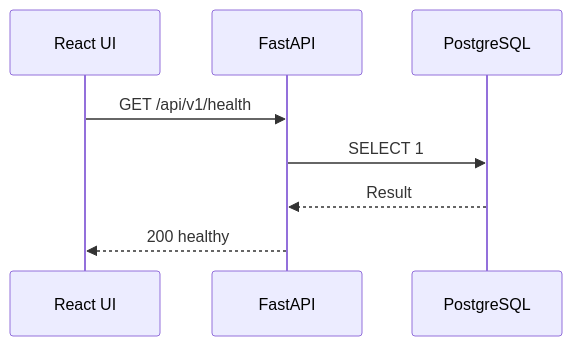
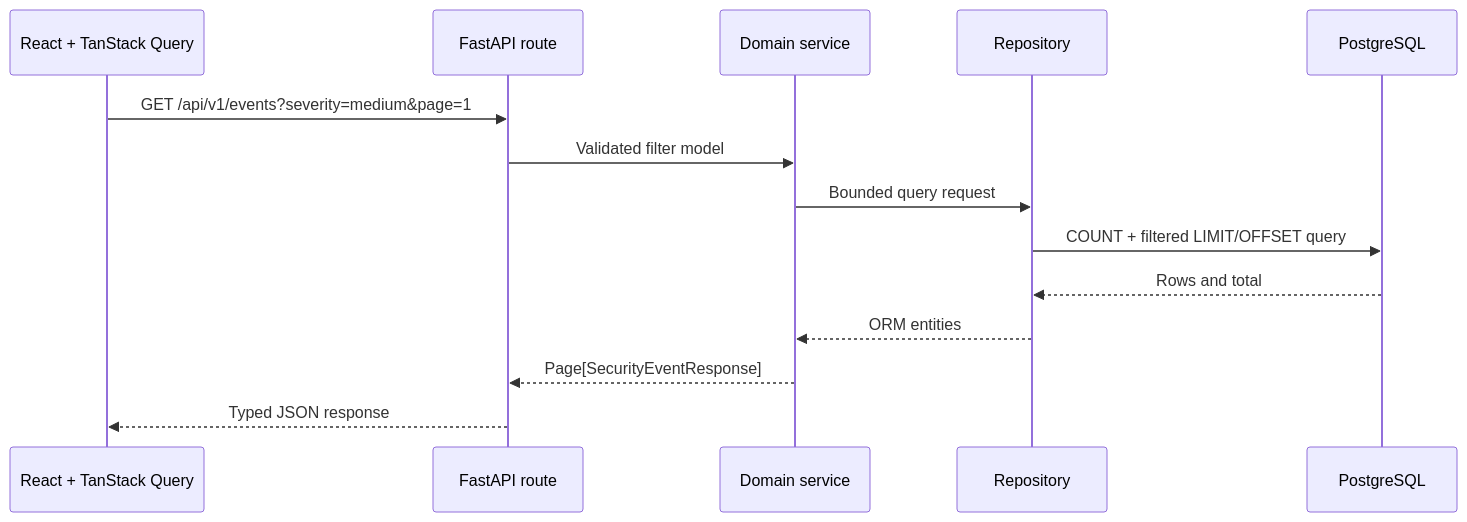
One commit to Mayroskapnos/sentinel-security-platform changed the second of 3 diagrams in docs/architecture.md. Above: the diagram before and after it, drawn with Mermaid. The commit also changed other lines of this file and 60 other files, not shown here.

Commit message:
feat: implement SENTINEL core assets and security events

````diff
--- a/docs/architecture.md
+++ b/docs/architecture.md
@@ -33,10 +32,16 @@
 ```mermaid
 sequenceDiagram
-    participant UI as React UI
-    participant API as FastAPI
+    participant UI as React + TanStack Query
+    participant Route as FastAPI route
+    participant Service as Domain service
+    participant Repo as Repository
     participant DB as PostgreSQL
-    UI->>API: GET /api/v1/health
-    API->>DB: SELECT 1
-    DB-->>API: Result
-    API-->>UI: 200 healthy
+    UI->>Route: GET /api/v1/events?severity=medium&page=1
+    Route->>Service: Validated filter model
+    Service->>Repo: Bounded query request
+    Repo->>DB: COUNT + filtered LIMIT/OFFSET query
+    DB-->>Repo: Rows and total
+    Repo-->>Service: ORM entities
+    Service-->>Route: Page[SecurityEventResponse]
+    Route-->>UI: Typed JSON response
 ```
````
